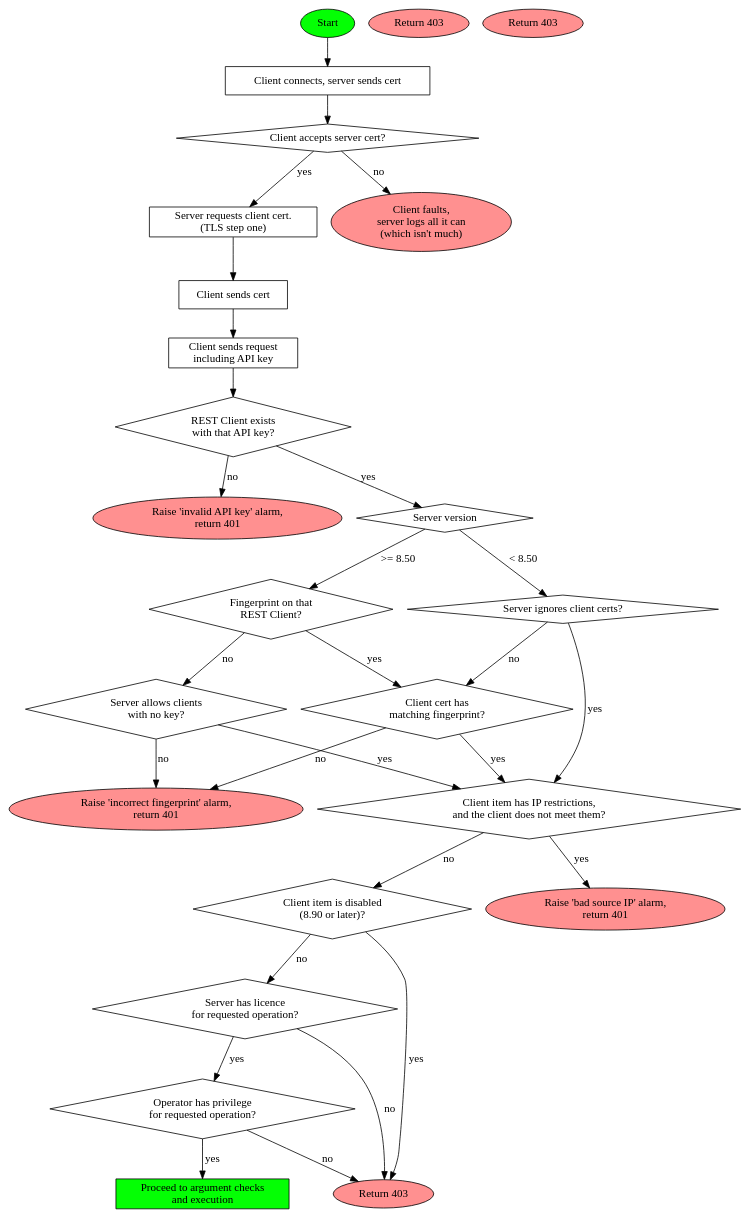
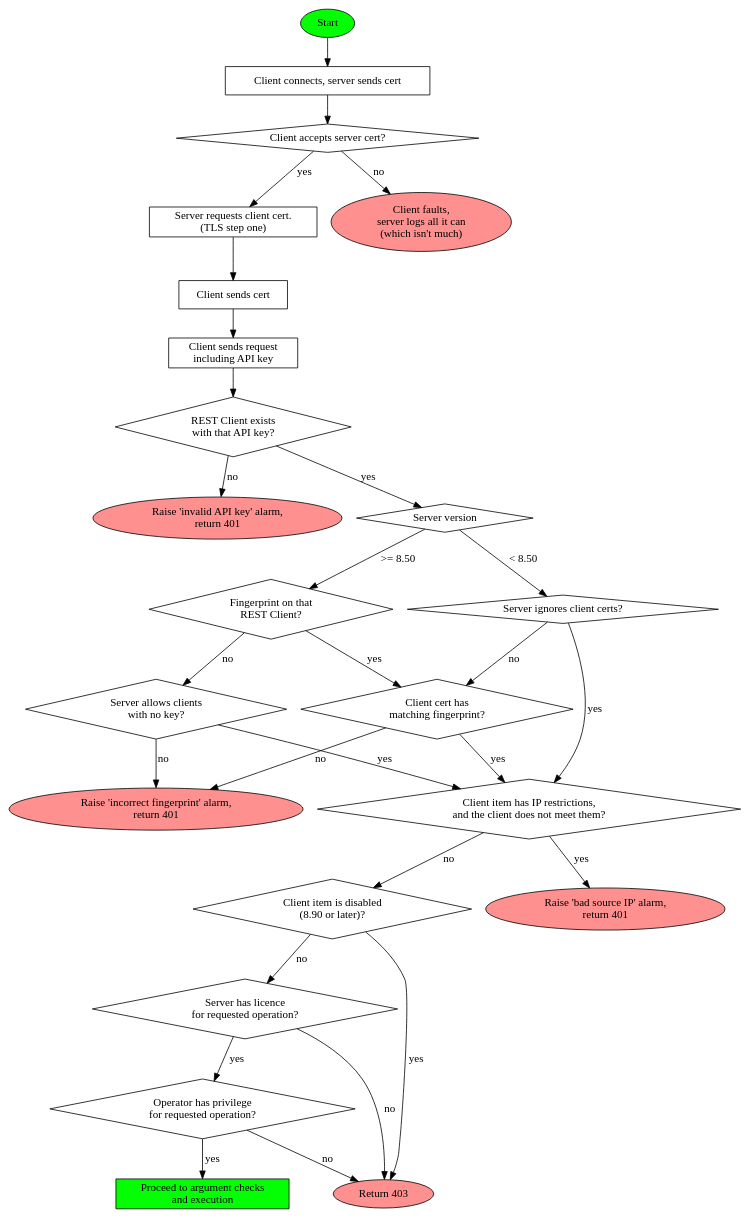
One commit to GallagherSecurity/cc-rest-docs changed the diagram in training/auth_flow.dot. Above: the diagram before and after it, drawn with Graphviz. The commit also changed 2 other files, not shown here.

Commit message:
remove unused red terminals from auth flow

```diff
--- a/training/auth_flow.dot
+++ b/training/auth_flow.dot
@@ -1,74 +1,72 @@
 # Turn this into auth_flow.dot.pdf using Graphviz:
 # dot auth_flow.dot -Tpdf -O
 digraph
 {
         start[label=Start style=filled fillcolor="#04ff04"]
 
         node [shape=ellipse, style=filled, fillcolor="#ff9090"]
         o_noapikey[label="Raise 'invalid API key' alarm,\nreturn 401"]
         o_badprint[label="Raise 'incorrect fingerprint' alarm,\nreturn 401"]
         o_badip[label="Raise 'bad source IP' alarm,\nreturn 401"]
         o_disabled[label="Return 403"]
-        o_nolicence[label="Return 403"]
         o_clientquit[label="Client faults,\nserver logs all it can\n(which isn't much)"]
-        o_nopriv[label="Return 403"]
 
         node [shape=box, style=""]
         op1[label="Client connects, server sends cert"]
         o_reqclientcert[label="Server requests client cert.\n(TLS step one)"]
         o_clientsendscert[label="Client sends cert"]
         o_clientreq[label="Client sends request\nincluding API key"]
         o_argcheck[label="Proceed to argument checks\nand execution" style=filled fillcolor="#04ff04"]
 
         node [shape=diamond]
         cond[label="Client accepts server cert?" ordering=out ]
         c_apikeycheck[label="REST Client exists\nwith that API key?"]
         c_versioncheck [label="Server version" ]
         c_clientcertcheck1[label="Fingerprint on that\nREST Client?"]
         c_clientcertcheck2[label="Server allows clients\nwith no key?"]
 
         c_clientcertcheck840[label="Server ignores client certs?"]
 
         c_correctcert[label="Client cert has\nmatching fingerprint?" shape=diamond]
         c_sourceip[label="Client item has IP restrictions,\nand the client does not meet them?" ordering=out ]
         c_disabled[label="Client item is disabled\n(8.90 or later)?" ordering=out ]
         c_licence[label="Server has licence\nfor requested operation?"]
         c_privcheck[label="Operator has privilege\nfor requested operation?"]
 
         start->op1
         op1->cond
         cond->o_reqclientcert [label = "yes"]
         cond->o_clientquit [label = "no"]
         o_reqclientcert -> o_clientsendscert
         o_clientsendscert -> o_clientreq
         o_clientreq->c_apikeycheck
 
         c_apikeycheck->c_versioncheck [label = "yes"]
         c_apikeycheck->o_noapikey [label = "no"]
 
         c_versioncheck -> c_clientcertcheck1 [label = ">= 8.50"]
         c_versioncheck -> c_clientcertcheck840 [label = "< 8.50"]
 
         c_clientcertcheck1->c_clientcertcheck2 [label= "no"]
 
         c_clientcertcheck840->c_sourceip [label = "yes"]
         c_clientcertcheck840->c_correctcert [label = "no"]
 
         c_clientcertcheck2->c_sourceip [label = "yes"]
         c_clientcertcheck2->o_badprint [label = "no"]
 
         c_clientcertcheck1->c_correctcert [label = "yes"]
         c_correctcert->o_badprint [label = "no"]
 
         c_correctcert->c_sourceip [label = "yes"]
         c_sourceip->c_disabled [label = "no"]
         c_sourceip->o_badip [label = "yes"]
 
         c_disabled->c_licence [label = "no"]
         c_disabled->o_disabled [label = "yes"]
 
         c_licence->c_privcheck [label="yes"]
         c_licence->o_disabled [label="no"]
         c_privcheck->o_disabled [label="no"]
         c_privcheck->o_argcheck [label="yes"]
 }
```
